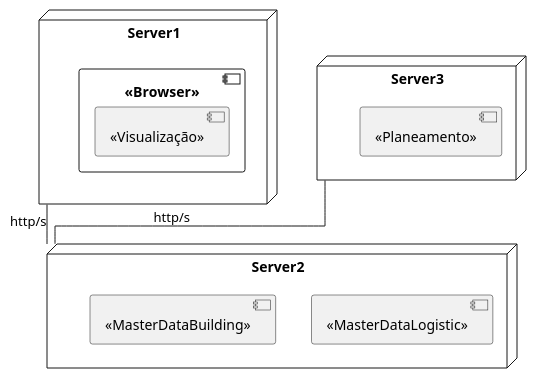
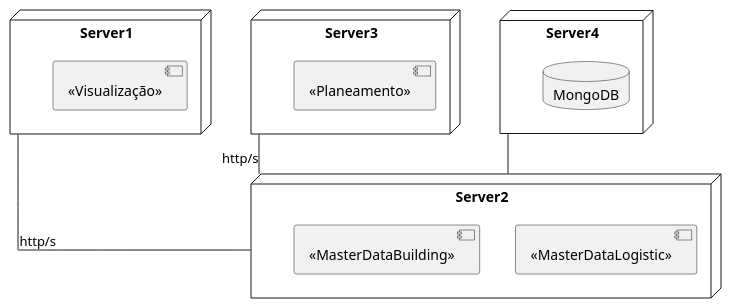
Before and after one commit to Pedro-Pereira1/sem5pi_23_24_g056: the diagram in docs/Level_2/Diagrams/PhysicalView.puml, drawn with PlantUML. The commit also changed 1 other file, not shown here.

Commit message:
Updated PhysicalView for Sprint 2 add Database

```diff
--- a/docs/Level_2/Diagrams/PhysicalView.puml
+++ b/docs/Level_2/Diagrams/PhysicalView.puml
@@ -1,30 +1,32 @@
 @startuml
 
 skinparam linetype ortho
 
 node Server1{
-  component "<<Browser>>" as BRW{
    component "<<Visualização>>" as V {
     }
-  }
 }
 
 node Server2{
   component "<<MasterDataLogistic>>" as MDL{
   }
 
   component "<<MasterDataBuilding>>" as MDB{
   }
 }
 
 node Server3{
   component "<<Planeamento>>" as P {
   }
 }
 
+node Server4{
+  database MongoDB
+}
+
 
 
 Server1 -d- Server2: http/s
 Server2 -u- Server3: http/s
-
+Server2 -u- Server4
 @enduml
```
